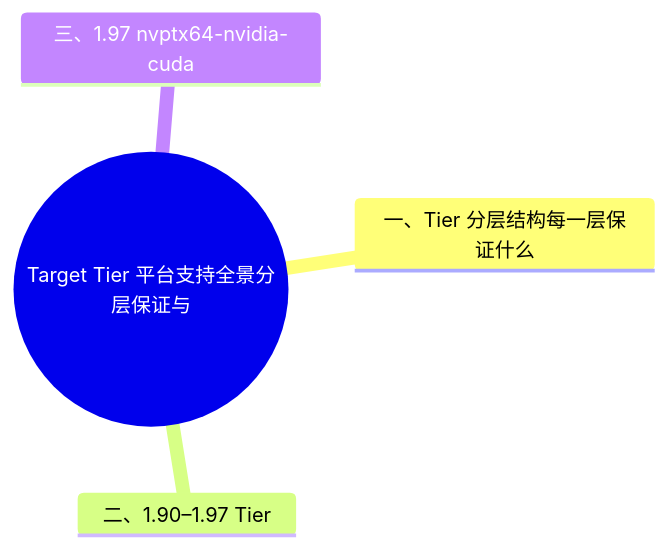
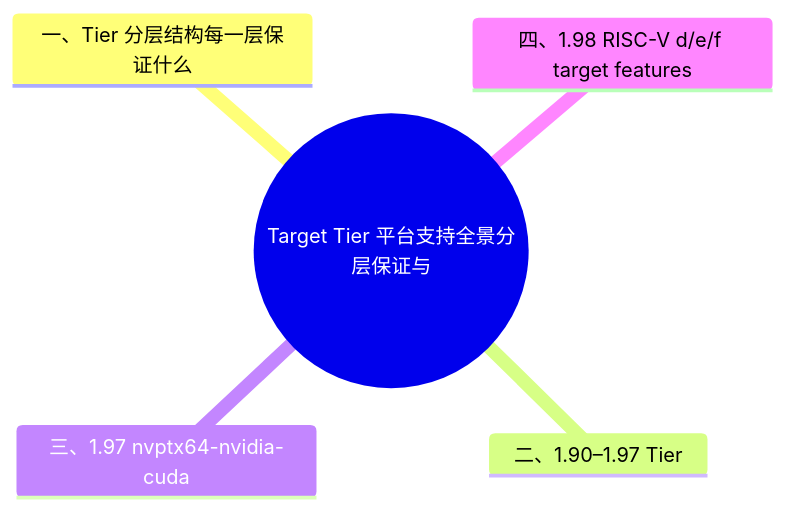
One commit to martin-ly/rust-lang changed the diagram in concept/06_ecosystem/05_systems_and_embedded/10_target_tier_platform_support.md. Above: the diagram before and after it, drawn with Mermaid. The commit also changed other lines of this file and 91 other files, not shown here.

````diff
--- a/concept/06_ecosystem/05_systems_and_embedded/10_target_tier_platform_support.md
+++ b/concept/06_ecosystem/05_systems_and_embedded/10_target_tier_platform_support.md
@@ -102,7 +134,8 @@
 ```mermaid
 mindmap
   root((Target Tier 平台支持全景分层保证与))
     一、Tier 分层结构每一层保证什么
     二、1.90–1.97 Tier
     三、1.97 nvptx64-nvidia-cuda
+    四、1.98 RISC-V d/e/f target features
 ```
````
